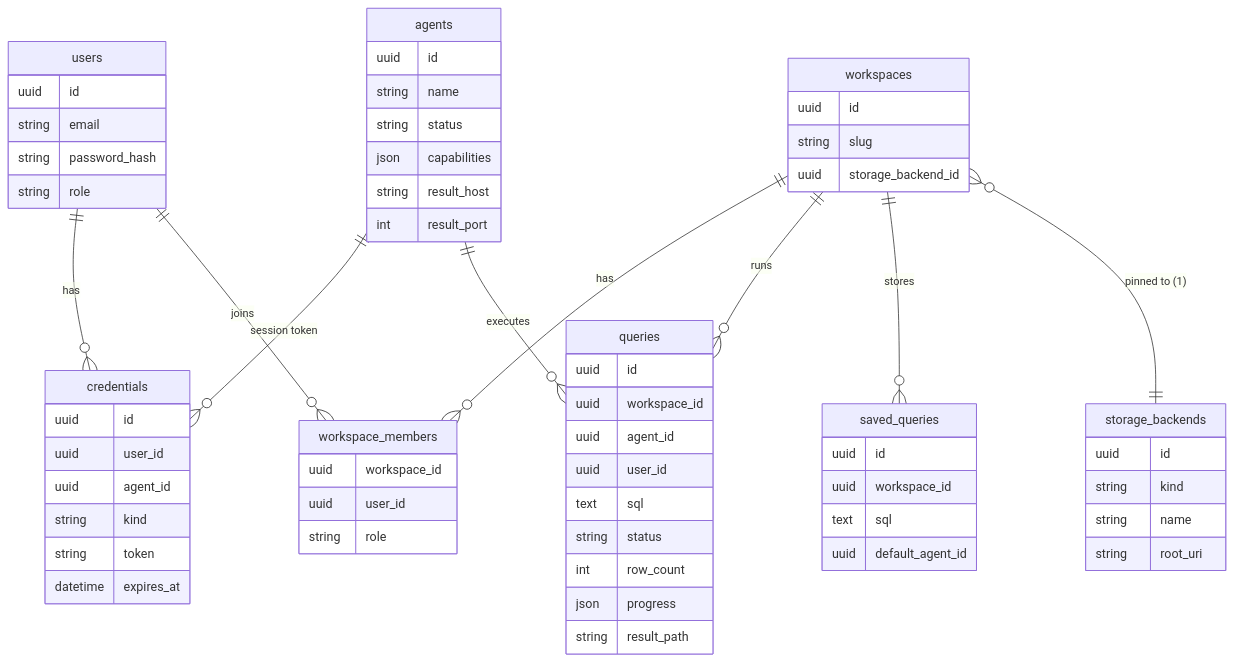
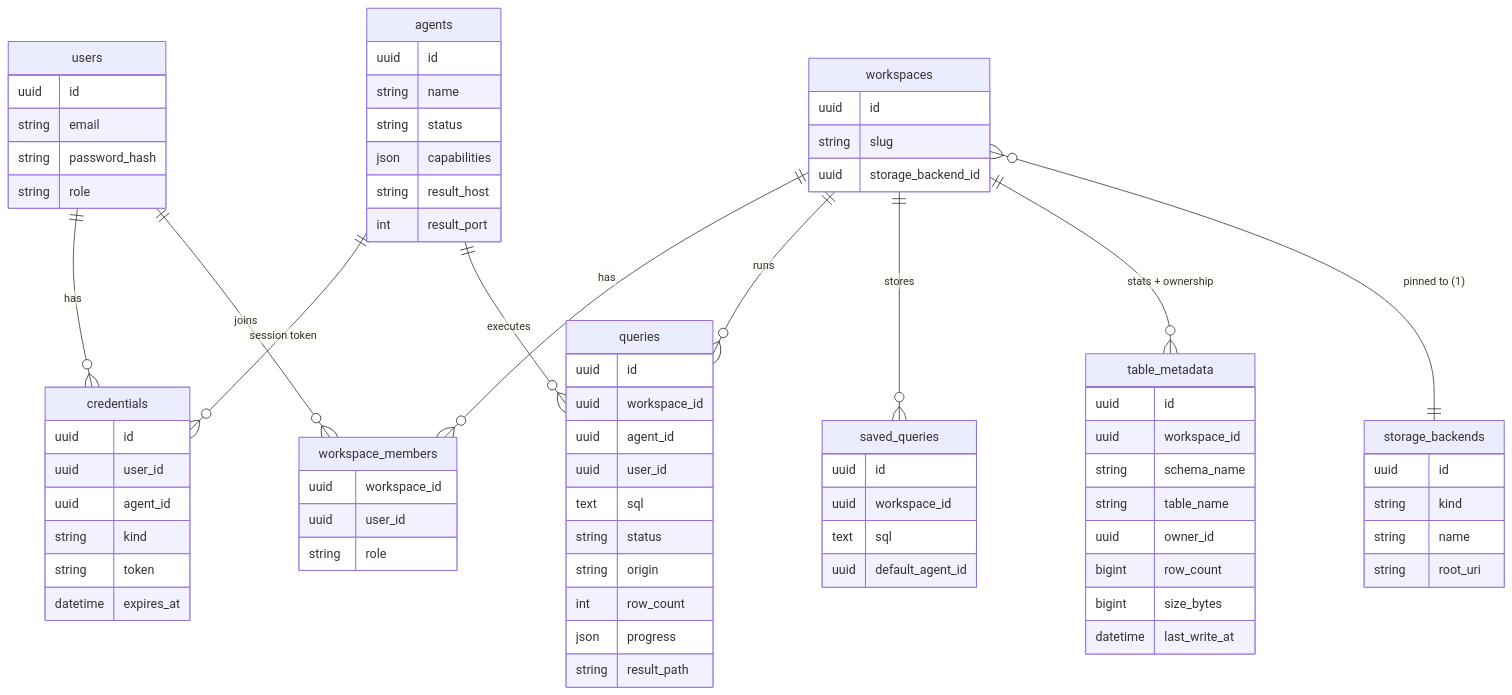
Before and after one commit to tamasmrtn/duckhaven: the second of 4 diagrams in docs/ARCHITECTURE.md, drawn with Mermaid. The commit also changed other lines of this file and 1 other file, not shown here.

````diff
--- a/docs/ARCHITECTURE.md
+++ b/docs/ARCHITECTURE.md
@@ -303,67 +305,79 @@
 ```mermaid
 erDiagram
     users ||--o{ credentials : has
     users ||--o{ workspace_members : joins
     workspaces ||--o{ workspace_members : has
     workspaces ||--o{ queries : runs
     workspaces ||--o{ saved_queries : stores
+    workspaces ||--o{ table_metadata : "stats + ownership"
     workspaces }o--|| storage_backends : "pinned to (1)"
     agents ||--o{ credentials : "session token"
     agents ||--o{ queries : executes
 
     users {
         uuid id
         string email
         string password_hash
         string role
     }
     credentials {
         uuid id
         uuid user_id
         uuid agent_id
         string kind
         string token
         datetime expires_at
     }
     workspaces {
         uuid id
         string slug
         uuid storage_backend_id
     }
     workspace_members {
         uuid workspace_id
         uuid user_id
         string role
     }
     storage_backends {
         uuid id
         string kind
         string name
         string root_uri
     }
     agents {
         uuid id
         string name
         string status
         json capabilities
         string result_host
         int result_port
     }
     queries {
         uuid id
         uuid workspace_id
         uuid agent_id
         uuid user_id
         text sql
         string status
+        string origin
         int row_count
         json progress
         string result_path
     }
     saved_queries {
         uuid id
         uuid workspace_id
         text sql
         uuid default_agent_id
     }
+    table_metadata {
+        uuid id
+        uuid workspace_id
+        string schema_name
+        string table_name
+        uuid owner_id
+        bigint row_count
+        bigint size_bytes
+        datetime last_write_at
+    }
 ```
````
